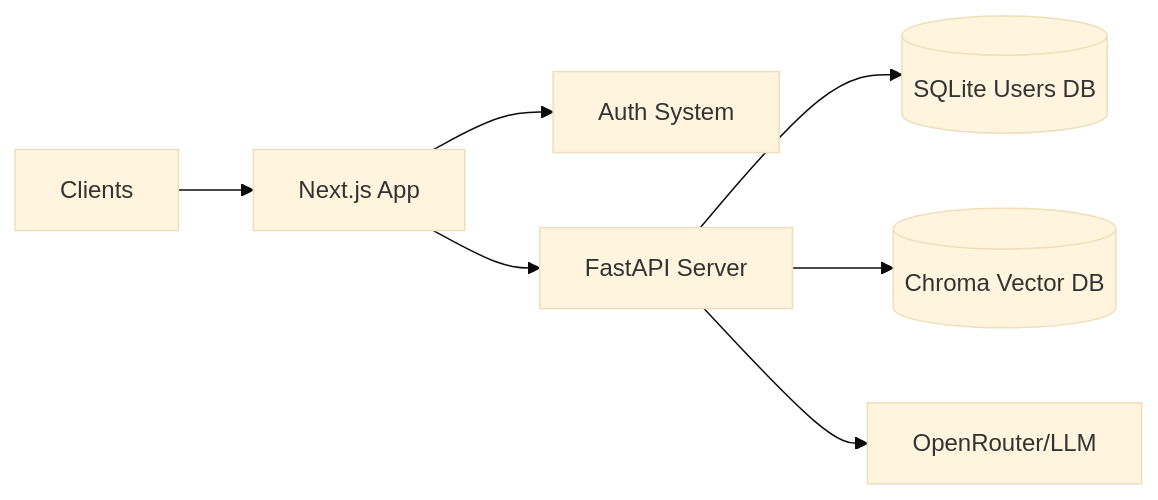
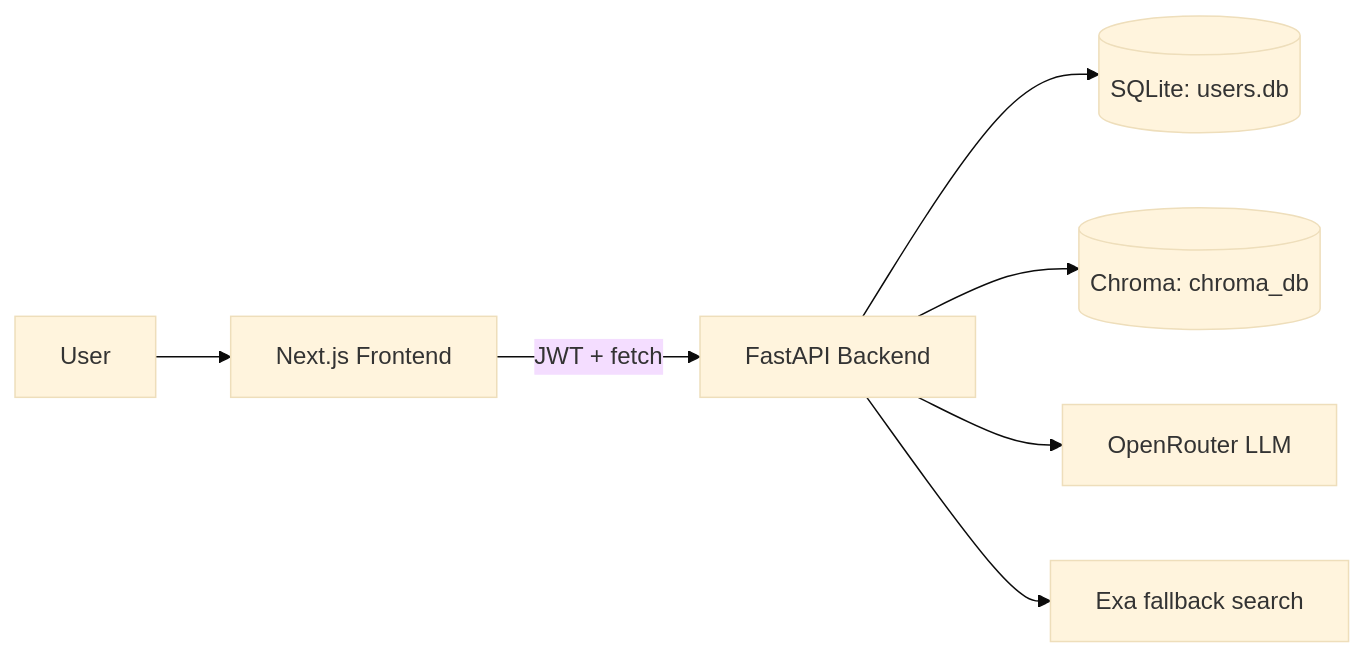
Before and after one commit to NoelNinanSheri1307/Valar: the diagram in README.md, drawn with Mermaid (base theme). The commit also changed other lines of this file, not shown here.

````diff
--- a/README.md
+++ b/README.md
@@ -18,9 +65,9 @@
 ```mermaid
 graph LR
-    User[Clients] --> Frontend[Next.js App]
-    Frontend --> Auth[Auth System]
-    Frontend --> Backend[FastAPI Server]
-    Backend --> DB[(SQLite Users DB)]
-    Backend --> VectorDB[(Chroma Vector DB)]
-    Backend --> LLM[OpenRouter/LLM]
+    User[User] --> Frontend[Next.js Frontend]
+    Frontend -->|JWT + fetch| Backend[FastAPI Backend]
+    Backend --> DB[(SQLite: users.db)]
+    Backend --> VectorDB[(Chroma: chroma_db)]
+    Backend --> LLM[OpenRouter LLM]
+    Backend --> Exa[Exa fallback search]
 ```
````
